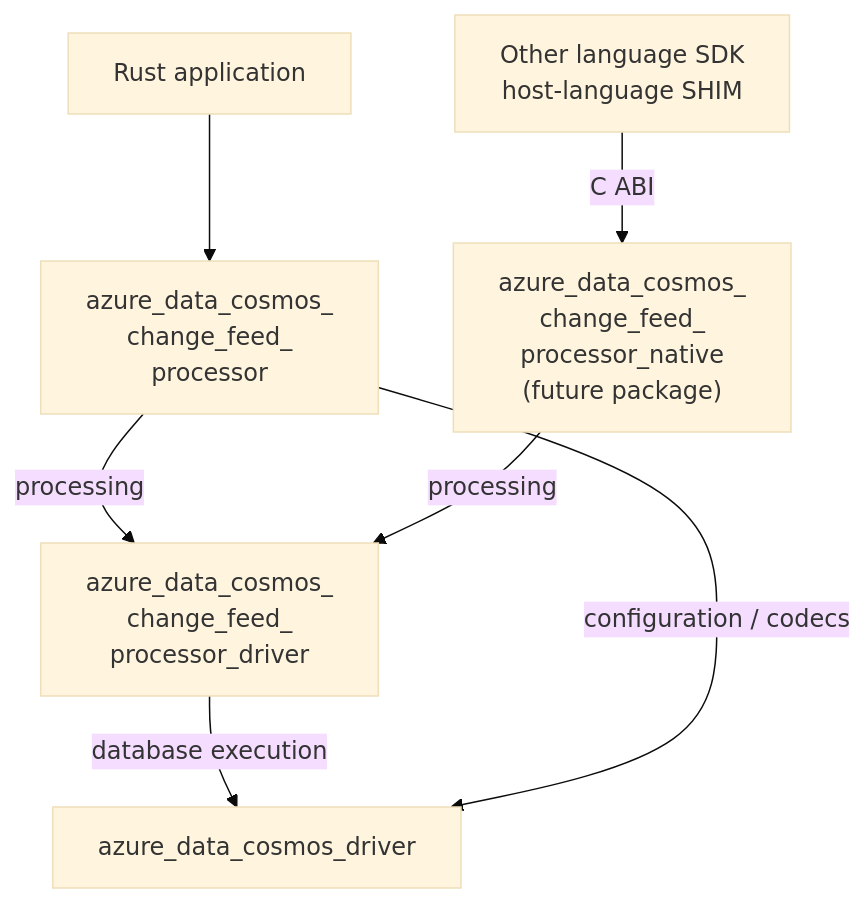
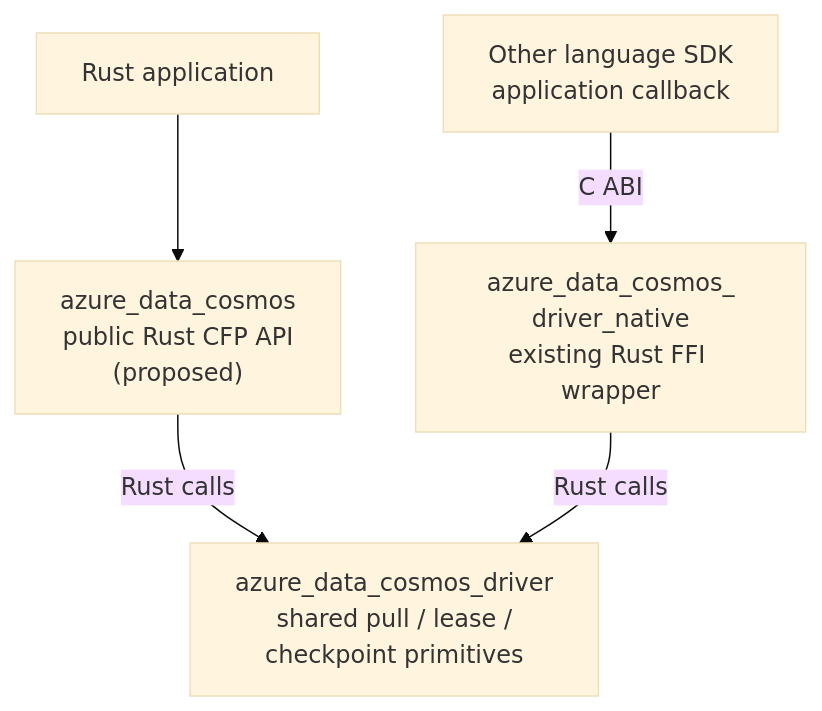
Before and after one commit to Azure/azure-sdk-for-rust: the diagram in sdk/cosmos/docs/specs/0030-change-feed-processor-package-boundaries.md, drawn with Mermaid (base theme). The commit also changed other lines of this file, not shown here.

First line of the commit message:
Revise CFP baseline to reuse existing driver

````diff
--- a/sdk/cosmos/docs/specs/0030-change-feed-processor-package-boundaries.md
+++ b/sdk/cosmos/docs/specs/0030-change-feed-processor-package-boundaries.md
@@ -43,15 +48,12 @@
 ```mermaid
 flowchart TB
     App["Rust application"]
-    API["azure_data_cosmos_<br/>change_feed_<br/>processor"]
-    Core["azure_data_cosmos_<br/>change_feed_<br/>processor_driver"]
-    DB["azure_data_cosmos_driver"]
-    Host["Other language SDK<br/>host-language SHIM"]
-    Native["azure_data_cosmos_<br/>change_feed_<br/>processor_native<br/>(future package)"]
-    App --> API
-    API -->|"processing"| Core
-    Core -->|"database execution"| DB
-    API -->|"configuration / codecs"| DB
+    SDK["azure_data_cosmos<br/>public Rust CFP API<br/>(proposed)"]
+    Host["Other language SDK<br/>application callback"]
+    Native["azure_data_cosmos_<br/>driver_native<br/>existing Rust FFI wrapper"]
+    Driver["azure_data_cosmos_driver<br/>shared pull / lease /<br/>checkpoint primitives"]
+    App --> SDK
+    SDK -->|"Rust calls"| Driver
     Host -->|"C ABI"| Native
-    Native -->|"processing"| Core
+    Native -->|"Rust calls"| Driver
 ```
````
